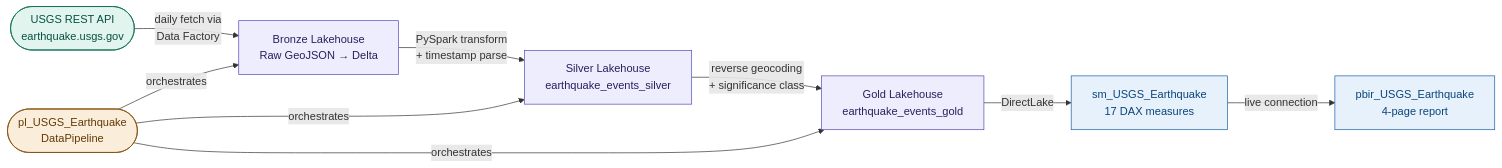
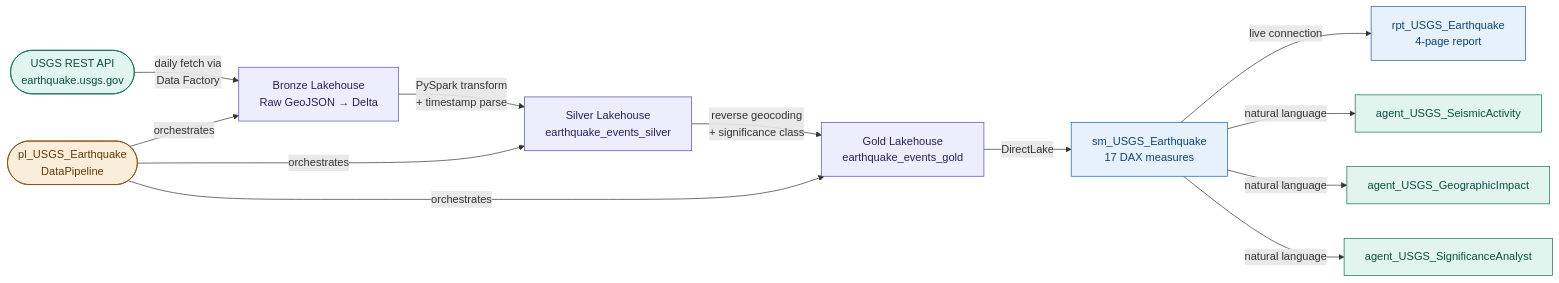
Before and after one commit to alisaghilutfi/Fabric-Analytics-Projects: the diagram in ws_USGS_Earthquake/README.md, drawn with Mermaid. The commit also changed other lines of this file, not shown here.

Commit message:
docs(ws_USGS_Earthquake): update README with Phase 2 agents, dashboard screenshot, and key insights

````diff
--- a/ws_USGS_Earthquake/README.md
+++ b/ws_USGS_Earthquake/README.md
@@ -26,19 +27,25 @@
 ```mermaid
 flowchart LR
     A([USGS REST API\nearthquake.usgs.gov]) -->|daily fetch via\nData Factory| B[Bronze Lakehouse\nRaw GeoJSON → Delta]
     B -->|PySpark transform\n+ timestamp parse| C[Silver Lakehouse\nearthquake_events_silver]
     C -->|reverse geocoding\n+ significance class| D[Gold Lakehouse\nearthquake_events_gold]
     D -->|DirectLake| E[sm_USGS_Earthquake\n17 DAX measures]
-    E -->|live connection| F[pbir_USGS_Earthquake\n4-page report]
-    G([pl_USGS_Earthquake\nDataPipeline]) -->|orchestrates| B
-    G -->|orchestrates| C
-    G -->|orchestrates| D
+    E -->|live connection| F[rpt_USGS_Earthquake\n4-page report]
+    E -->|natural language| G[agent_USGS_SeismicActivity]
+    E -->|natural language| H[agent_USGS_GeographicImpact]
+    E -->|natural language| I[agent_USGS_SignificanceAnalyst]
+    J([pl_USGS_Earthquake\nDataPipeline]) -->|orchestrates| B
+    J -->|orchestrates| C
+    J -->|orchestrates| D
 
     style A fill:#E1F5EE,stroke:#0F6E56,color:#085041
     style B fill:#EEEDFE,stroke:#534AB7,color:#26215C
     style C fill:#EEEDFE,stroke:#534AB7,color:#26215C
     style D fill:#EEEDFE,stroke:#534AB7,color:#26215C
     style E fill:#E6F1FB,stroke:#185FA5,color:#0C447C
     style F fill:#E6F1FB,stroke:#185FA5,color:#0C447C
-    style G fill:#FAEEDA,stroke:#854F0B,color:#633806
+    style G fill:#E1F5EE,stroke:#0F6E56,color:#085041
+    style H fill:#E1F5EE,stroke:#0F6E56,color:#085041
+    style I fill:#E1F5EE,stroke:#0F6E56,color:#085041
+    style J fill:#FAEEDA,stroke:#854F0B,color:#633806
 ```
````
